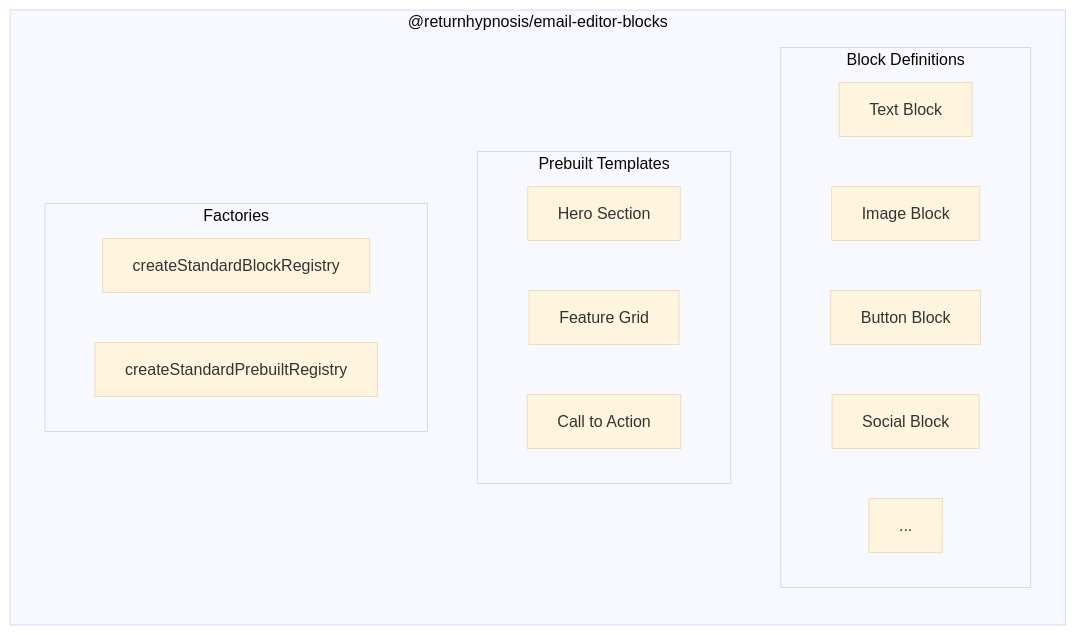
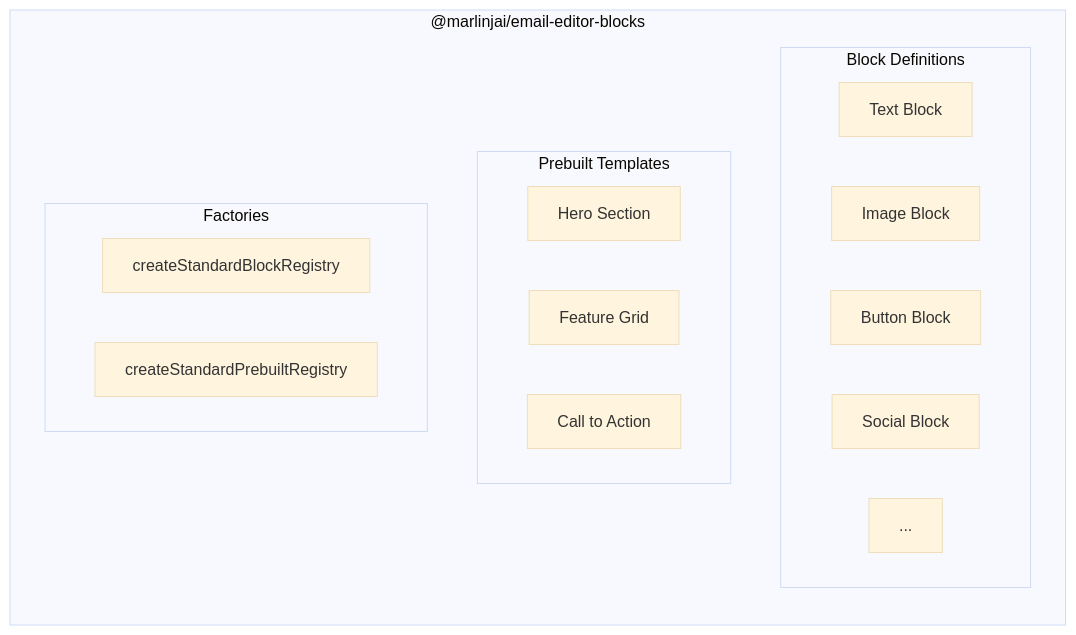
The fourth of 7 diagrams in docs/public/architecture.md (marlinjai/email-editor), drawn with Mermaid (base theme) before and after one commit. The commit also changed other lines of this file and 71 other files, not shown here.

Commit message:
feat: rename packages from @returnhypnosis/ to @marlinjai/ scope

````diff
--- a/docs/public/architecture.md
+++ b/docs/public/architecture.md
@@ -169,23 +169,23 @@
 ```mermaid
 graph LR
-    subgraph "@returnhypnosis/email-editor-blocks"
+    subgraph "@marlinjai/email-editor-blocks"
         subgraph "Block Definitions"
             TEXT_DEF[Text Block]
             IMAGE_DEF[Image Block]
             BUTTON_DEF[Button Block]
             SOCIAL_DEF[Social Block]
             MORE_DEF[...]
         end
 
         subgraph "Prebuilt Templates"
             HERO_TPL[Hero Section]
             FEATURE_TPL[Feature Grid]
             CTA_TPL[Call to Action]
         end
 
         subgraph "Factories"
             BLOCK_REG[createStandardBlockRegistry]
             PREBUILT_REG[createStandardPrebuiltRegistry]
         end
     end
 ```
````
